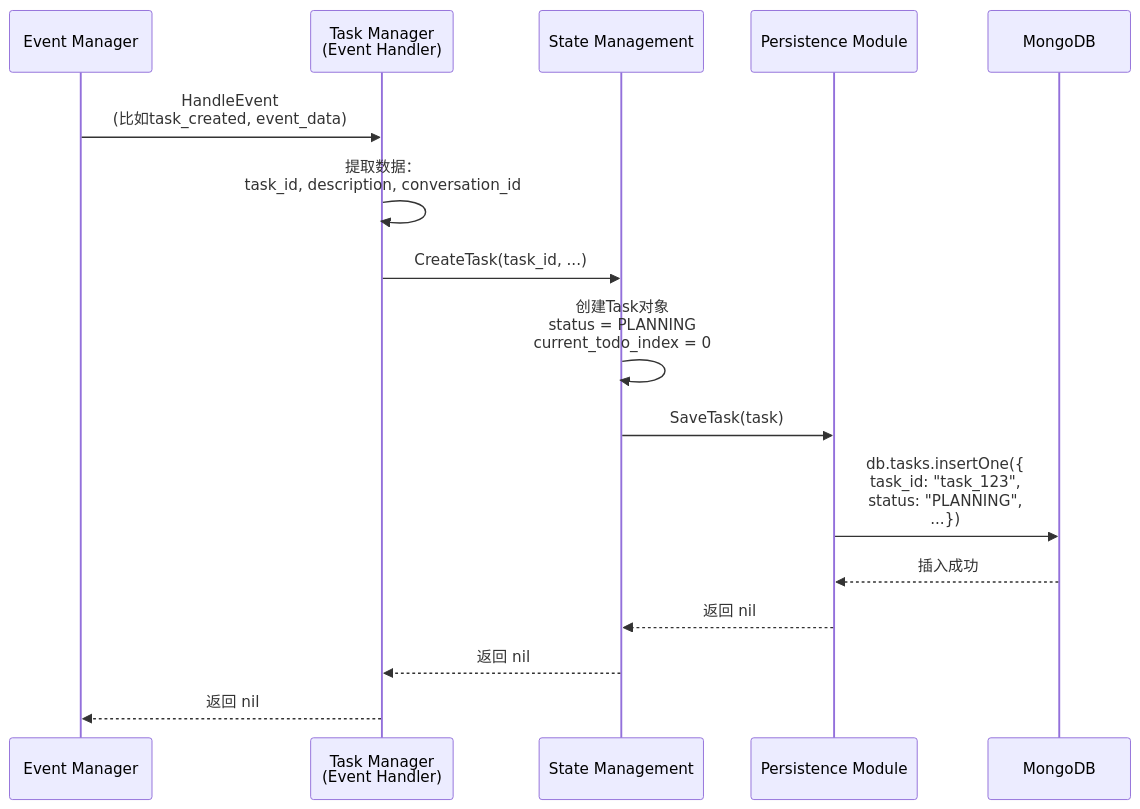
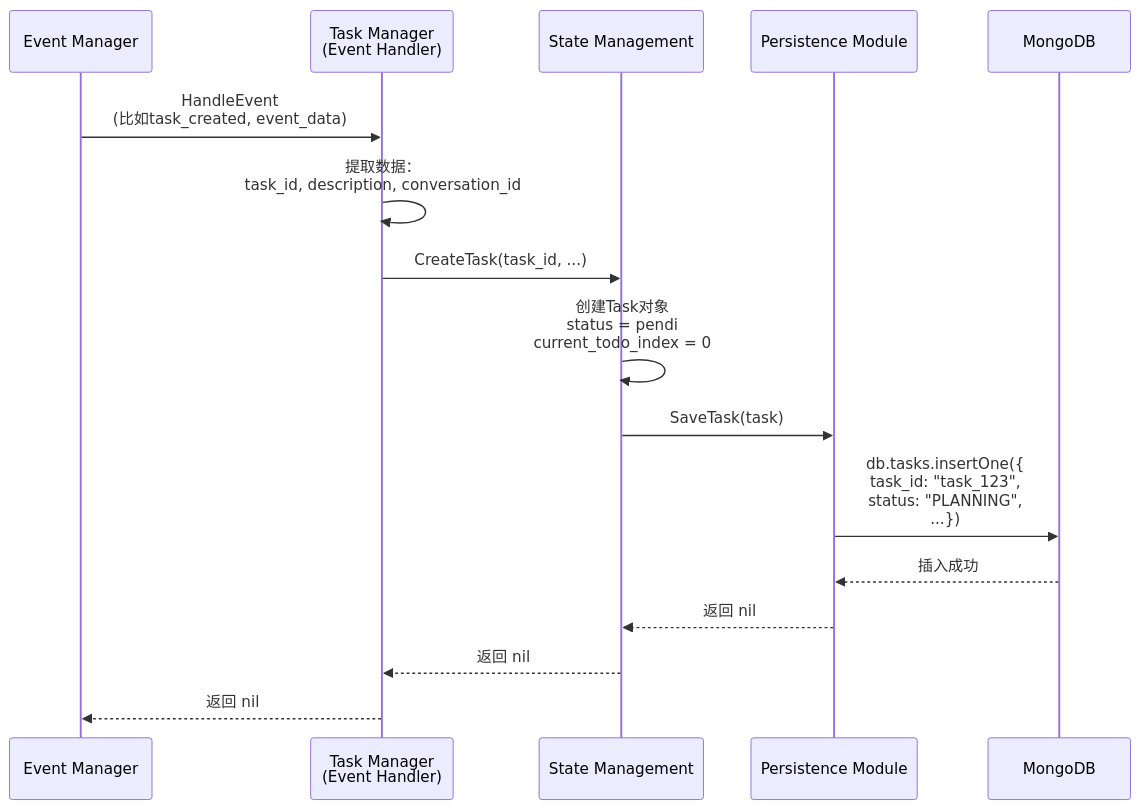
One commit to yingjianzh/iodraw-files changed the diagram in all/未命名-10.md. Above: the diagram before and after it, drawn with Mermaid.

Commit message:
2025-12-24 18:09:53 update

````diff
--- a/all/未命名-10.md
+++ b/all/未命名-10.md
@@ -1,25 +1,25 @@
 ```mermaid
 sequenceDiagram
     participant EventMgr as Event Manager
     participant TaskMgr as Task Manager<br/>(Event Handler)
     participant StateMgr as State Management
     participant Persist as Persistence Module
     participant MongoDB as MongoDB
 
     EventMgr->>TaskMgr: HandleEvent<br/>(比如task_created, event_data)
     
     TaskMgr->>TaskMgr: 提取数据：<br/>task_id, description, conversation_id
     
     TaskMgr->>StateMgr: CreateTask(task_id, ...)
     
-    StateMgr->>StateMgr: 创建Task对象<br/>status = PLANNING<br/>current_todo_index = 0
+    StateMgr->>StateMgr: 创建Task对象<br/>status = pendi<br/>current_todo_index = 0
     
     StateMgr->>Persist: SaveTask(task)
     
     Persist->>MongoDB: db.tasks.insertOne({<br/>  task_id: "task_123",<br/>  status: "PLANNING",<br/>  ...})
     
     MongoDB-->>Persist: 插入成功
     Persist-->>StateMgr: 返回 nil
     StateMgr-->>TaskMgr: 返回 nil
     TaskMgr-->>EventMgr: 返回 nil
 ```
````
